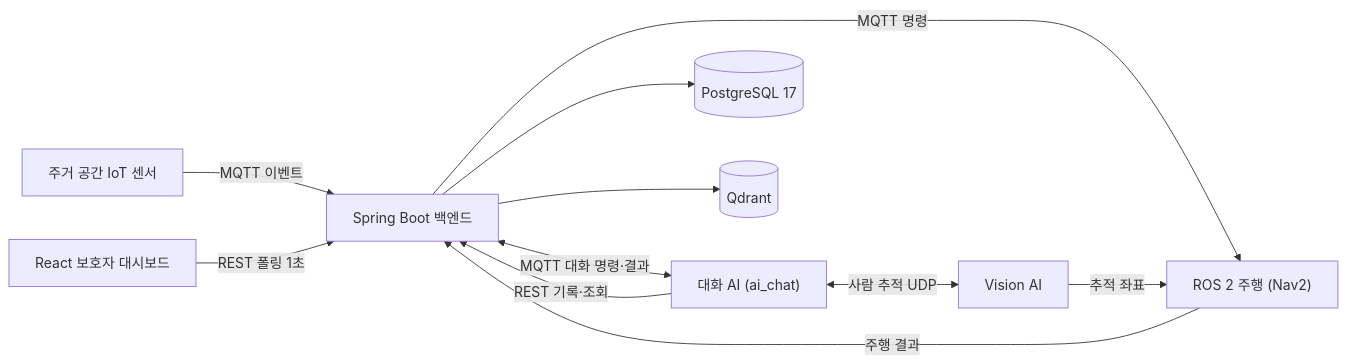
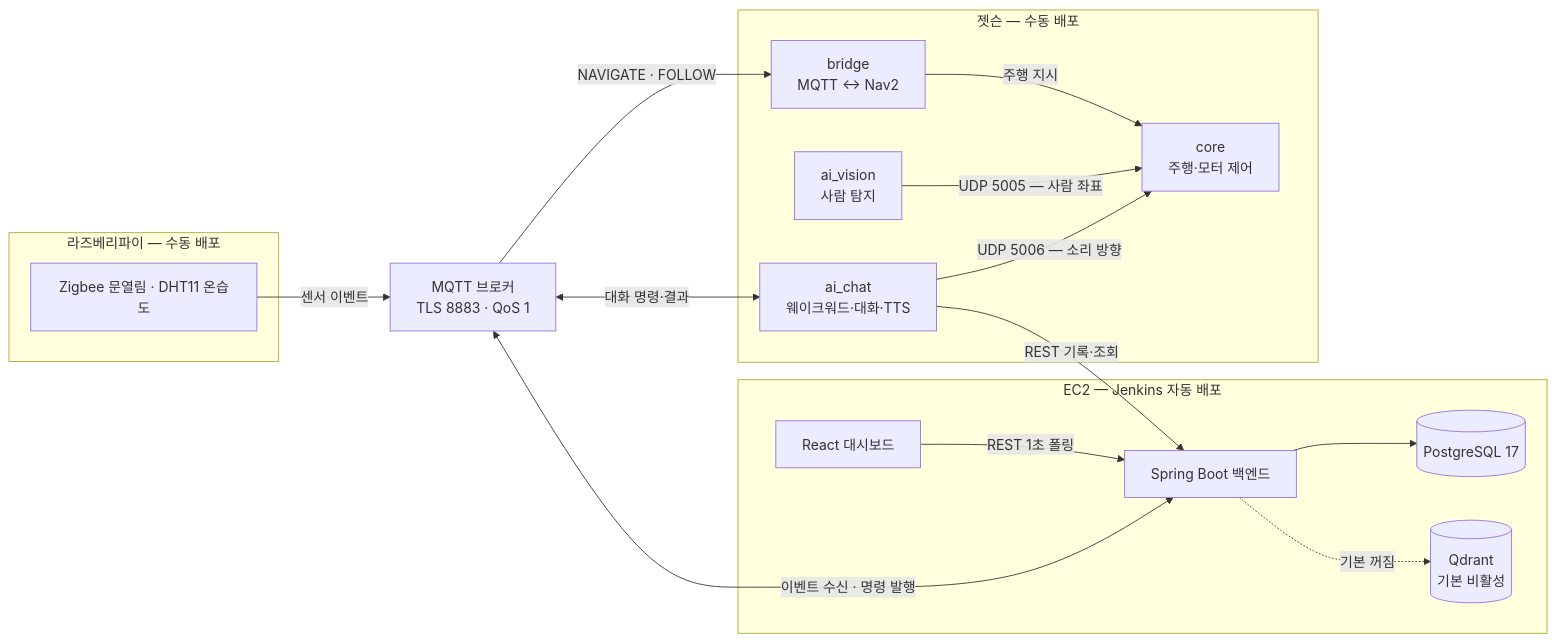
The diagram in README.md (bomi-aiot/BOMI), drawn with Mermaid before and after one commit. The commit also changed other lines of this file, not shown here.

````diff
--- a/README.md
+++ b/README.md
@@ -72,13 +61,34 @@
 ```mermaid
 flowchart LR
-  IoT["주거 공간 IoT 센서"] -->|MQTT 이벤트| BE["Spring Boot 백엔드"]
-  BE -->|MQTT 명령| Robot["ROS 2 주행 (Nav2)"]
-  Robot -->|주행 결과| BE
-  BE <-->|MQTT 대화 명령·결과| AI["대화 AI (ai_chat)"]
-  AI -->|REST 기록·조회| BE
-  AI <-->|사람 추적 UDP| Vision["Vision AI"]
-  Vision -->|추적 좌표| Robot
-  FE["React 보호자 대시보드"] -->|REST 폴링 1초| BE
-  BE --> DB[("PostgreSQL 17")]
-  BE --> Vector[("Qdrant")]
+    accTitle: BOMI 시스템 구성
+    accDescr: 라즈베리파이 센서가 MQTT 브로커로 이벤트를 올리면 EC2 백엔드가 시나리오를 만들어 젯슨의 브릿지와 대화 AI에 명령을 내리고, 결과는 같은 브로커로 회신됩니다. 보호자 대시보드는 백엔드 REST를 1초 주기로 폴링합니다.
+
+    subgraph PI["라즈베리파이 — 수동 배포"]
+        IOT["Zigbee 문열림 · DHT11 온습도"]
+    end
+    BROKER["MQTT 브로커<br/>TLS 8883 · QoS 1"]
+    subgraph EC2["EC2 — Jenkins 자동 배포"]
+        BE["Spring Boot 백엔드"]
+        FE["React 대시보드"]
+        PG[("PostgreSQL 17")]
+        QD[("Qdrant<br/>기본 비활성")]
+    end
+    subgraph JET["젯슨 — 수동 배포"]
+        AI["ai_chat<br/>웨이크워드·대화·TTS"]
+        BR["bridge<br/>MQTT ↔ Nav2"]
+        VI["ai_vision<br/>사람 탐지"]
+        CORE["core<br/>주행·모터 제어"]
+    end
+
+    IOT -->|"센서 이벤트"| BROKER
+    BROKER <-->|"이벤트 수신 · 명령 발행"| BE
+    BROKER -->|"NAVIGATE · FOLLOW"| BR
+    BROKER <-->|"대화 명령·결과"| AI
+    AI -->|"REST 기록·조회"| BE
+    AI -->|"UDP 5006 — 소리 방향"| CORE
+    VI -->|"UDP 5005 — 사람 좌표"| CORE
+    BR -->|"주행 지시"| CORE
+    FE -->|"REST 1초 폴링"| BE
+    BE --> PG
+    BE -.->|"기본 꺼짐"| QD
 ```
````
